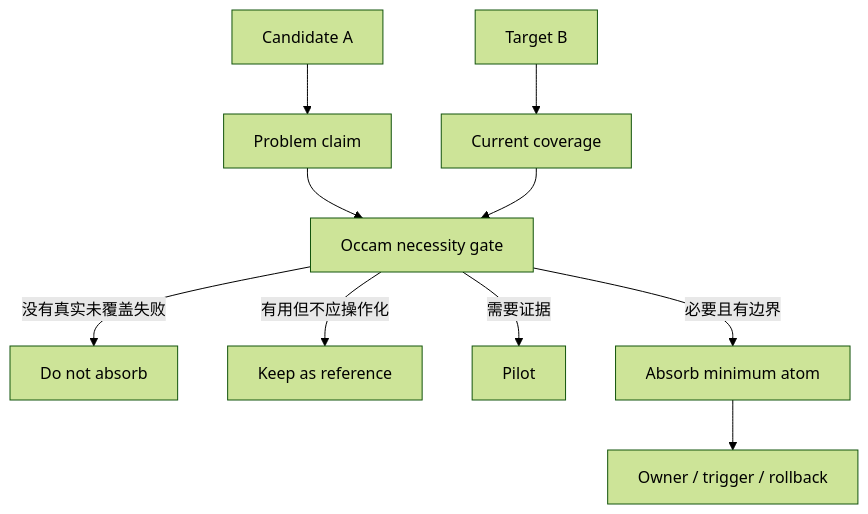
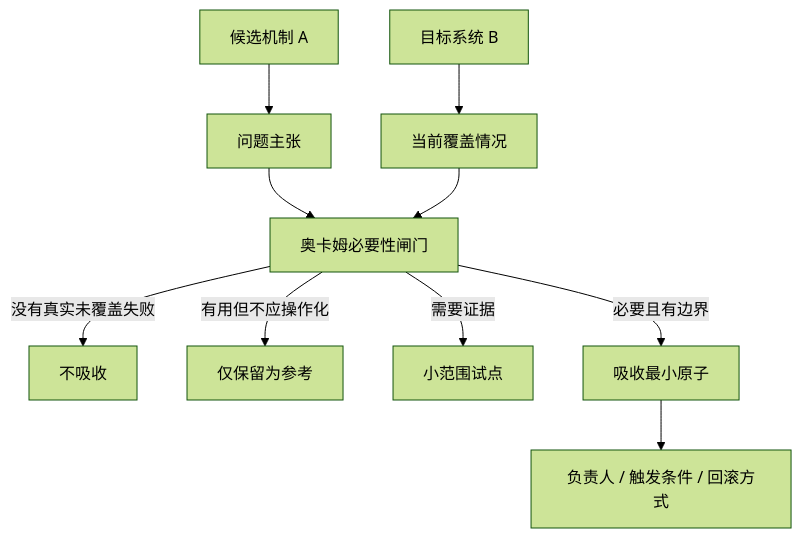
The diagram in README.zh.md (bagbag16/candidate-fit-review), drawn with Mermaid (forest theme) before and after one commit.

Commit message:
Localize Chinese README flowchart labels

````diff
--- a/README.zh.md
+++ b/README.zh.md
@@ -15,12 +15,12 @@
 ```mermaid
 flowchart TD
-  A["Candidate A"] --> P["Problem claim"]
-  B["Target B"] --> C["Current coverage"]
-  P --> G["Occam necessity gate"]
+  A["候选机制 A"] --> P["问题主张"]
+  B["目标系统 B"] --> C["当前覆盖情况"]
+  P --> G["奥卡姆必要性闸门"]
   C --> G
-  G -->|"没有真实未覆盖失败"| R["Do not absorb"]
-  G -->|"有用但不应操作化"| K["Keep as reference"]
-  G -->|"需要证据"| P2["Pilot"]
-  G -->|"必要且有边界"| I["Absorb minimum atom"]
-  I --> O["Owner / trigger / rollback"]
+  G -->|"没有真实未覆盖失败"| R["不吸收"]
+  G -->|"有用但不应操作化"| K["仅保留为参考"]
+  G -->|"需要证据"| P2["小范围试点"]
+  G -->|"必要且有边界"| I["吸收最小原子"]
+  I --> O["负责人 / 触发条件 / 回滚方式"]
 ```
````
